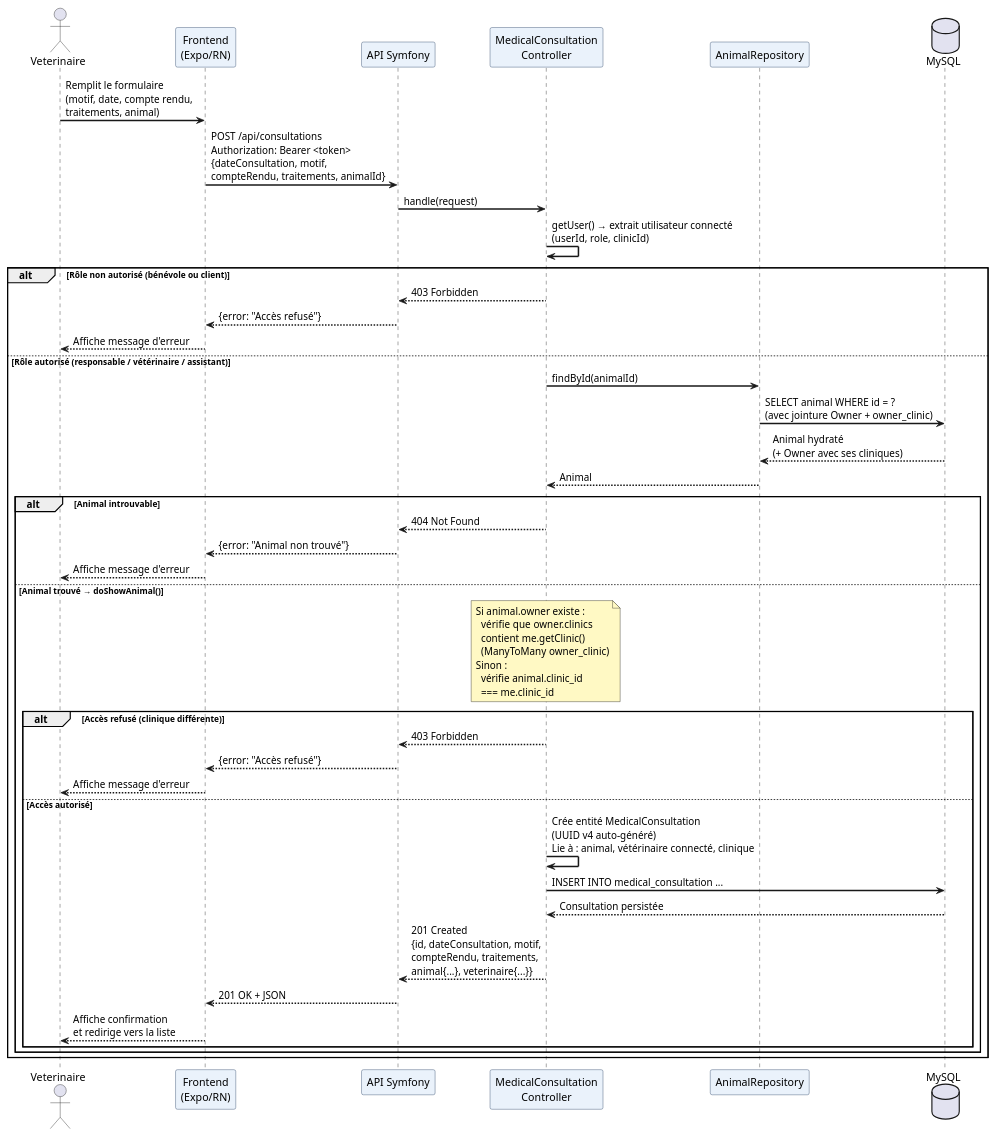
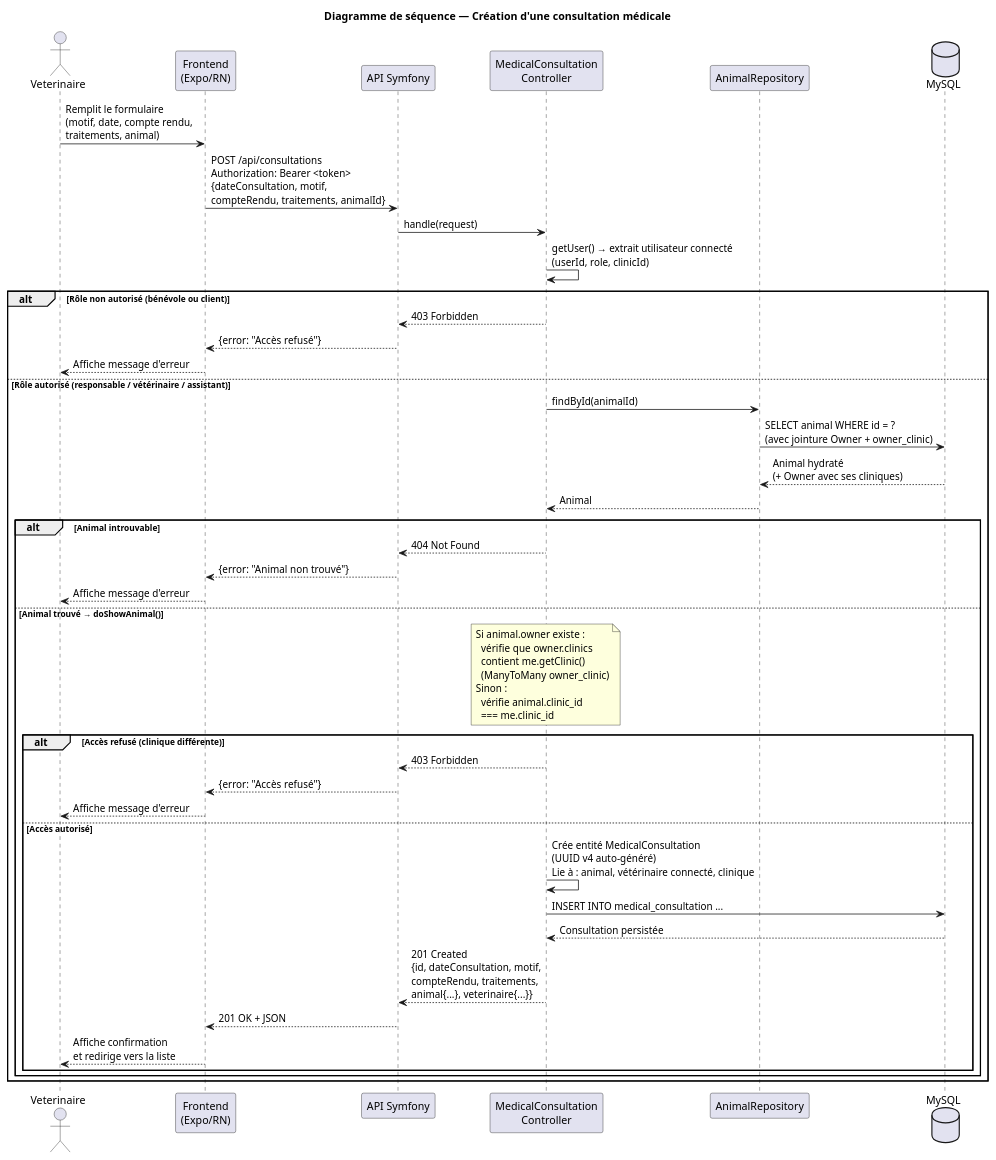
The fourth of 4 diagrams in docs/diagrammes_UML_ASV.puml (M-BEDH/ASV-infra), drawn with PlantUML before and after one commit. The commit also changed other lines of this file, not shown here.

Commit message:
Corrections relations Clinic/Owner/Animal + ajout titres  shémas + retrait skinparam color

```diff
--- a/docs/diagrammes_UML_ASV.puml
+++ b/docs/diagrammes_UML_ASV.puml
@@ -287,64 +280,61 @@
 @startuml diagramme_sequence_consultation
 
-skinparam sequenceArrowThickness 2
-skinparam sequenceParticipantBorderColor #1E3A5F
-skinparam sequenceParticipantBackgroundColor #EAF2FB
-skinparam noteBackgroundColor #FFF9C4
+title Diagramme de séquence — Création d'une consultation médicale
 
 actor Veterinaire
 participant "Frontend\n(Expo/RN)" as Frontend
 participant "API Symfony" as API
 participant "MedicalConsultation\nController" as Controller
 participant "AnimalRepository" as Repo
 database "MySQL" as BDD
 
 Veterinaire -> Frontend : Remplit le formulaire\n(motif, date, compte rendu,\ntraitements, animal)
 Frontend -> API : POST /api/consultations\nAuthorization: Bearer <token>\n{dateConsultation, motif,\ncompteRendu, traitements, animalId}
 
 API -> Controller : handle(request)
 Controller -> Controller : getUser() → extrait utilisateur connecté\n(userId, role, clinicId)
 
 alt Rôle non autorisé (bénévole ou client)
     Controller --> API : 403 Forbidden
     API --> Frontend : {error: "Accès refusé"}
     Frontend --> Veterinaire : Affiche message d'erreur
 
 else Rôle autorisé (responsable / vétérinaire / assistant)
     Controller -> Repo : findById(animalId)
     Repo -> BDD : SELECT animal WHERE id = ?\n(avec jointure Owner + owner_clinic)
     BDD --> Repo : Animal hydraté\n(+ Owner avec ses cliniques)
     Repo --> Controller : Animal
 
     alt Animal introuvable
         Controller --> API : 404 Not Found
         API --> Frontend : {error: "Animal non trouvé"}
         Frontend --> Veterinaire : Affiche message d'erreur
 
     else Animal trouvé → doShowAnimal()
         note over Controller
             Si animal.owner existe :
               vérifie que owner.clinics
               contient me.getClinic()
               (ManyToMany owner_clinic)
             Sinon :
               vérifie animal.clinic_id
               === me.clinic_id
         end note
 
         alt Accès refusé (clinique différente)
             Controller --> API : 403 Forbidden
             API --> Frontend : {error: "Accès refusé"}
             Frontend --> Veterinaire : Affiche message d'erreur
 
         else Accès autorisé
             Controller -> Controller : Crée entité MedicalConsultation\n(UUID v4 auto-généré)\nLie à : animal, vétérinaire connecté, clinique
             Controller -> BDD : INSERT INTO medical_consultation ...
             BDD --> Controller : Consultation persistée
             Controller --> API : 201 Created\n{id, dateConsultation, motif,\ncompteRendu, traitements,\nanimal{...}, veterinaire{...}}
             API --> Frontend : 201 OK + JSON
             Frontend --> Veterinaire : Affiche confirmation\net redirige vers la liste
         end
     end
 end
 
 @enduml
```
